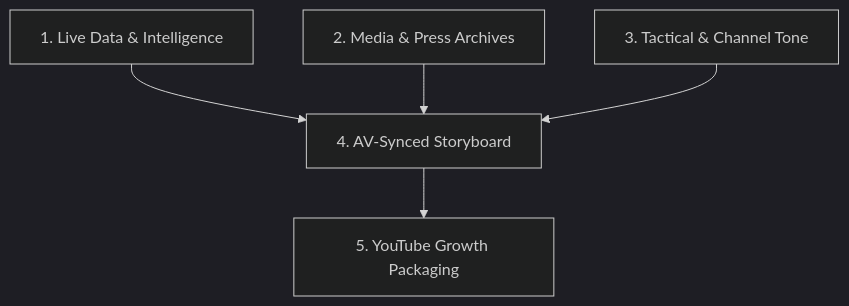
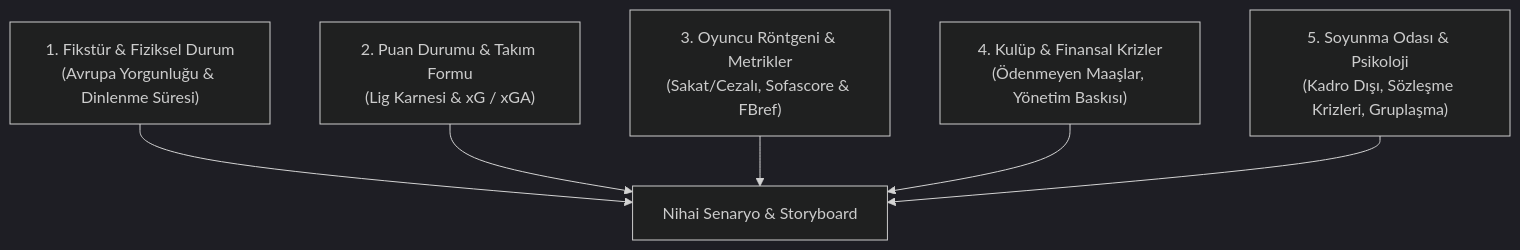
The diagram in skills/football-creator-pro/SKILL.md (salihyildiz08/antigravity-skils), drawn with Mermaid (dark theme) before and after one commit. The commit also changed other lines of this file, not shown here.

````diff
--- a/skills/football-creator-pro/SKILL.md
+++ b/skills/football-creator-pro/SKILL.md
@@ -15,7 +17,8 @@
 ```mermaid
 flowchart TD
-    A["1. Live Data & Intelligence"] --> D["4. AV-Synced Storyboard"]
-    B["2. Media & Press Archives"] --> D
-    C["3. Tactical & Channel Tone"] --> D
-    D --> E["5. YouTube Growth Packaging"]
+    A["1. Fikstür & Fiziksel Durum<br>(Avrupa Yorgunluğu & Dinlenme Süresi)"] --> F["Nihai Senaryo & Storyboard"]
+    B["2. Puan Durumu & Takım Formu<br>(Lig Karnesi & xG / xGA)"] --> F
+    C["3. Oyuncu Röntgeni & Metrikler<br>(Sakat/Cezalı, Sofascore & FBref)"] --> F
+    D["4. Kulüp & Finansal Krizler<br>(Ödenmeyen Maaşlar, Yönetim Baskısı)"] --> F
+    E["5. Soyunma Odası & Psikoloji<br>(Kadro Dışı, Sözleşme Krizleri, Gruplaşma)"] --> F
 ```
````
